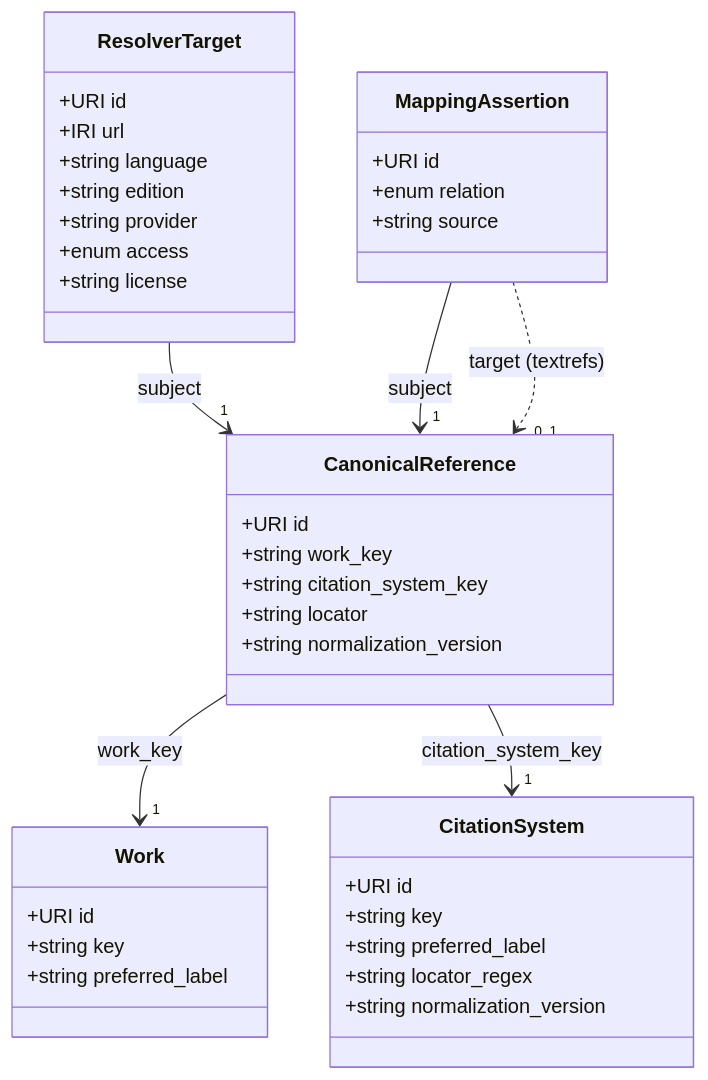
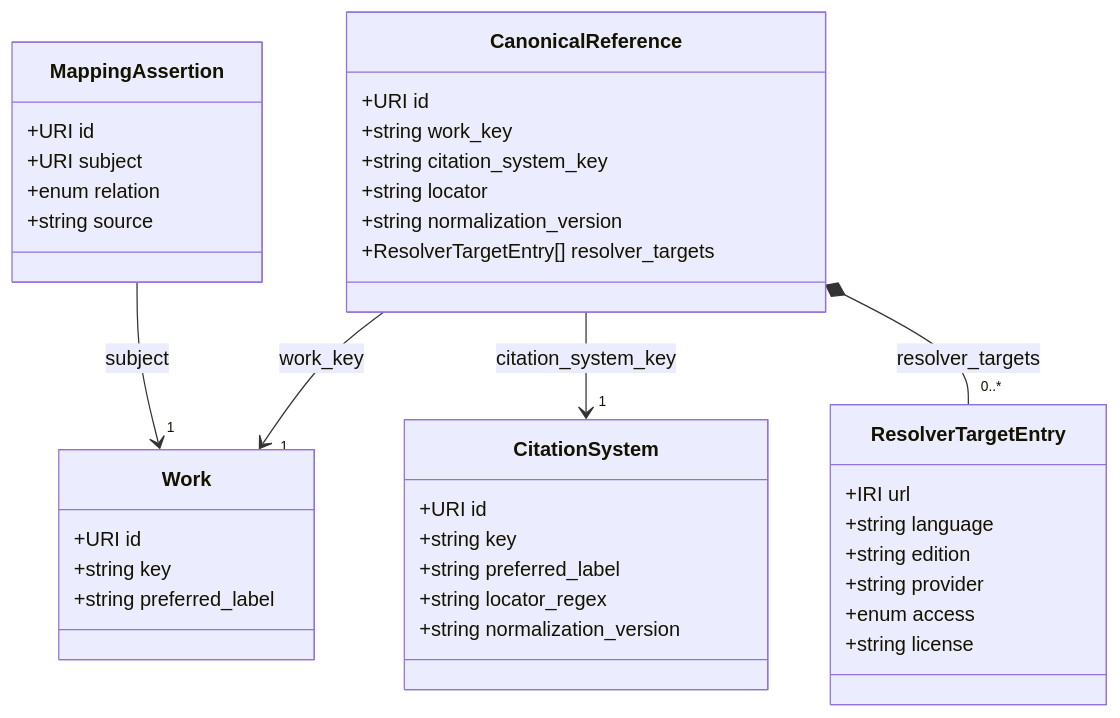
The diagram in src/content/docs/standard/specification.md (textrefs/textrefs.org), drawn with Mermaid before and after one commit. The commit also changed other lines of this file and 5 other files, not shown here.

First line of the commit message:
feat(standard): embed resolver targets and constrain mapping subjects

````diff
--- a/src/content/docs/standard/specification.md
+++ b/src/content/docs/standard/specification.md
@@ -67,41 +68,41 @@
 ```mermaid
 classDiagram
     class Work {
         +URI id
         +string key
         +string preferred_label
     }
     class CitationSystem {
         +URI id
         +string key
         +string preferred_label
         +string locator_regex
         +string normalization_version
     }
     class CanonicalReference {
         +URI id
         +string work_key
         +string citation_system_key
         +string locator
         +string normalization_version
+        +ResolverTargetEntry[] resolver_targets
     }
-    class ResolverTarget {
-        +URI id
+    class ResolverTargetEntry {
         +IRI url
         +string language
         +string edition
         +string provider
         +enum access
         +string license
     }
     class MappingAssertion {
         +URI id
+        +URI subject
         +enum relation
         +string source
     }
     CanonicalReference --> "1" Work : work_key
     CanonicalReference --> "1" CitationSystem : citation_system_key
-    ResolverTarget --> "1" CanonicalReference : subject
-    MappingAssertion --> "1" CanonicalReference : subject
-    MappingAssertion ..> "0..1" CanonicalReference : target (textrefs)
+    CanonicalReference *-- "0..*" ResolverTargetEntry : resolver_targets
+    MappingAssertion --> "1" Work : subject
 ```
````
